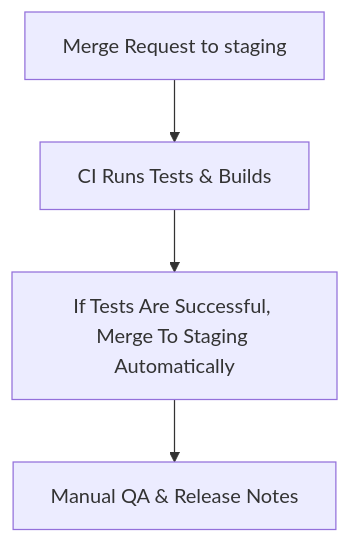
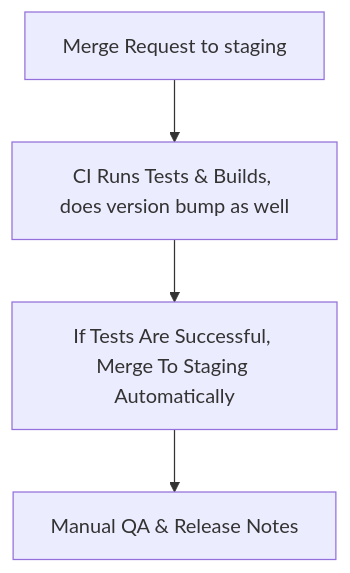
Before and after one commit to zeke-code/gitlab-flow: the third of 9 diagrams in README.md, drawn with Mermaid.

````diff
--- a/README.md
+++ b/README.md
@@ -160,6 +160,6 @@
 ```mermaid
 graph TD;
-    A[Merge Request to staging] --> B[CI Runs Tests & Builds]
+    A[Merge Request to staging] --> B[CI Runs Tests & Builds, does version bump as well]
     B --> C[If Tests Are Successful, Merge To Staging Automatically]
     C --> D[Manual QA & Release Notes]
 ```
````
